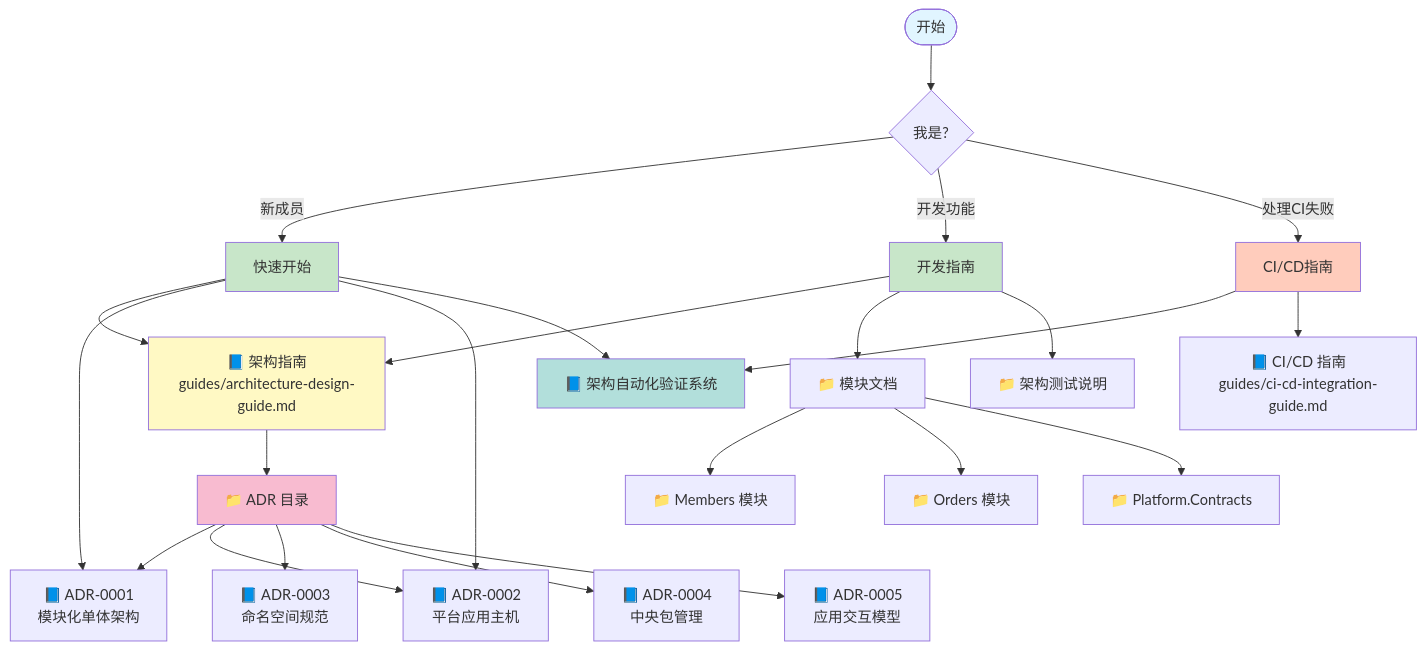
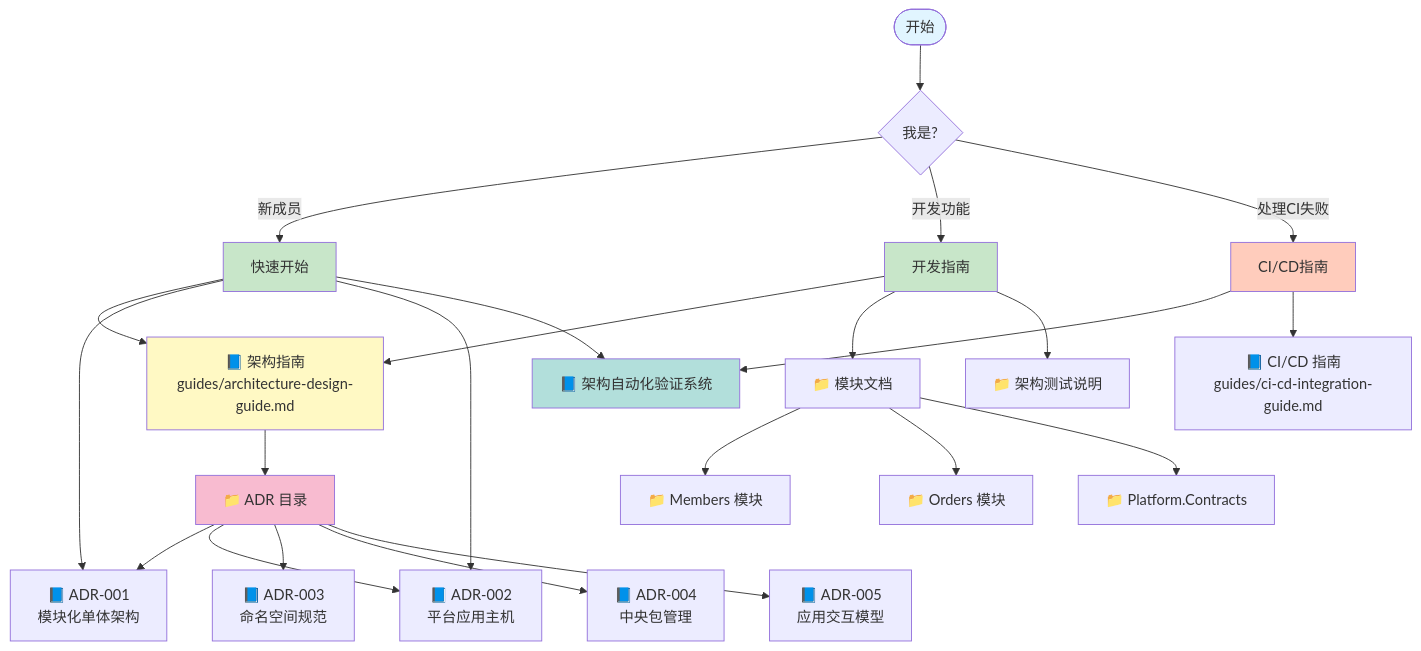
One commit to douhuaa/Zss.BilliardHall changed the first of 2 diagrams in docs/README.md. Above: the diagram before and after it, drawn with Mermaid. The commit also changed other lines of this file and 298 other files, not shown here.

````diff
--- a/docs/README.md
+++ b/docs/README.md
@@ -12,40 +12,40 @@
 ```mermaid
 graph TB
     Start([开始])
     
     Start --> NewDev{我是?}
     NewDev -->|新成员| QuickStart[快速开始]
     NewDev -->|开发功能| DevGuide[开发指南]
     NewDev -->|处理CI失败| CIFix[CI/CD指南]
     
     QuickStart --> ArchGuide[📘 架构指南<br/>guides/architecture-design-guide.md]
-    QuickStart --> ADR001[📘 ADR-0001<br/>模块化单体架构]
-    QuickStart --> ADR002[📘 ADR-0002<br/>平台应用主机]
+    QuickStart --> ADR001[📘 ADR-001<br/>模块化单体架构]
+    QuickStart --> ADR002[📘 ADR-002<br/>平台应用主机]
     QuickStart --> AutoVerify[📘 架构自动化验证系统]
     
     DevGuide --> ArchGuide
     DevGuide --> ModuleDocs[📁 模块文档]
     DevGuide --> ArchTests[📁 架构测试说明]
     
     CIFix --> AutoVerify
     CIFix --> CIGuide[📘 CI/CD 指南<br/>guides/ci-cd-integration-guide.md]
     
     ArchGuide --> ADRIndex[📁 ADR 目录]
     ADRIndex --> ADR001
     ADRIndex --> ADR002
-    ADRIndex --> ADR003[📘 ADR-0003<br/>命名空间规范]
-    ADRIndex --> ADR004[📘 ADR-0004<br/>中央包管理]
-    ADRIndex --> ADR005[📘 ADR-0005<br/>应用交互模型]
+    ADRIndex --> ADR003[📘 ADR-003<br/>命名空间规范]
+    ADRIndex --> ADR004[📘 ADR-004<br/>中央包管理]
+    ADRIndex --> ADR005[📘 ADR-005<br/>应用交互模型]
     
     ModuleDocs --> Members[📁 Members 模块]
     ModuleDocs --> Orders[📁 Orders 模块]
     ModuleDocs --> Contracts[📁 Platform.Contracts]
     
     style Start fill:#e1f5ff
     style QuickStart fill:#c8e6c9
     style DevGuide fill:#c8e6c9
     style CIFix fill:#ffccbc
     style ArchGuide fill:#fff9c4
     style ADRIndex fill:#f8bbd0
     style AutoVerify fill:#b2dfdb
 ```
````
